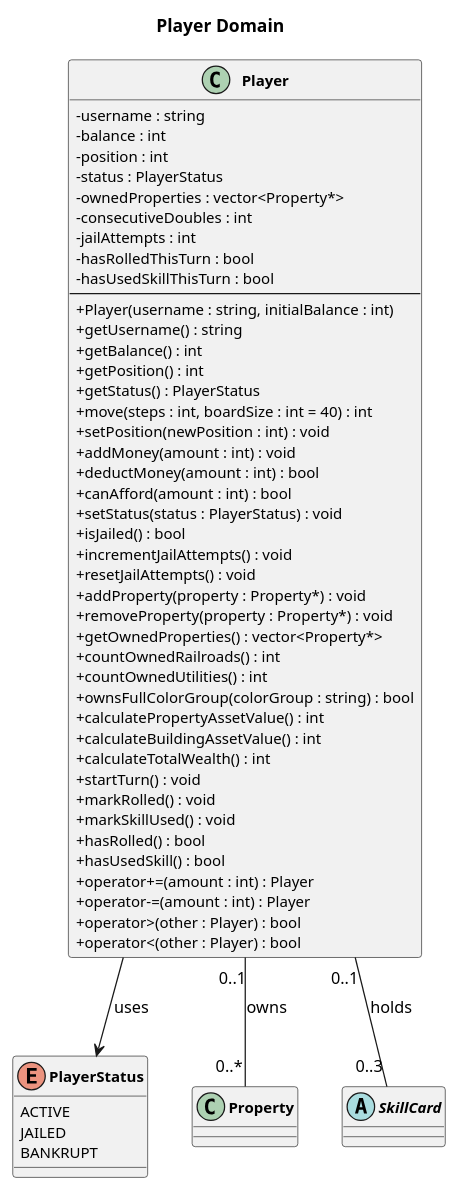
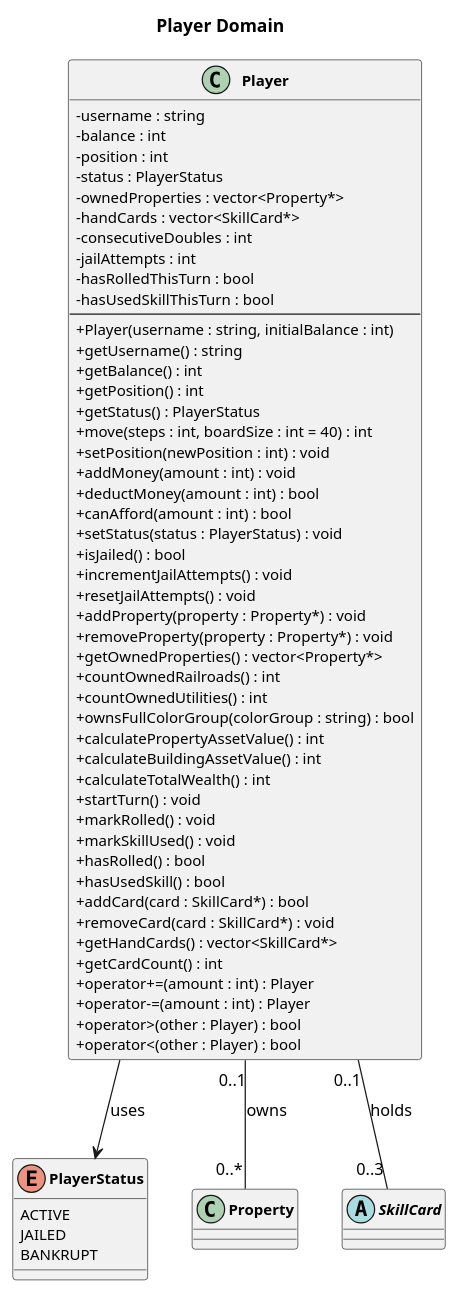
One commit to Labpro-22/tugas-besar-1-gdt-1 changed the diagram in doc/ClassDiagram/Player/1-playerOverview.puml. Above: the diagram before and after it, drawn with PlantUML.

Commit message:
feat : add relation player and skillCard

```diff
--- a/doc/ClassDiagram/Player/1-playerOverview.puml
+++ b/doc/ClassDiagram/Player/1-playerOverview.puml
@@ -1,67 +1,72 @@
 @startuml PlayerDomain
 title Player Domain
 
 skinparam classAttributeIconSize 0
 skinparam classFontSize 13
 skinparam classFontStyle Bold
 skinparam classAttributeFontSize 12
 
 enum PlayerStatus {
     ACTIVE
     JAILED
     BANKRUPT
 }
 
 class Property
 abstract class SkillCard
 
 class Player {
     - username : string
     - balance : int
     - position : int
     - status : PlayerStatus
     - ownedProperties : vector<Property*>
+    - handCards : vector<SkillCard*>
     - consecutiveDoubles : int
     - jailAttempts : int
     - hasRolledThisTurn : bool
     - hasUsedSkillThisTurn : bool
     --
     + Player(username : string, initialBalance : int)
     + getUsername() : string
     + getBalance() : int
     + getPosition() : int
     + getStatus() : PlayerStatus
     + move(steps : int, boardSize : int = 40) : int
     + setPosition(newPosition : int) : void
     + addMoney(amount : int) : void
     + deductMoney(amount : int) : bool
     + canAfford(amount : int) : bool
     + setStatus(status : PlayerStatus) : void
     + isJailed() : bool
     + incrementJailAttempts() : void
     + resetJailAttempts() : void
     + addProperty(property : Property*) : void
     + removeProperty(property : Property*) : void
     + getOwnedProperties() : vector<Property*>
     + countOwnedRailroads() : int
     + countOwnedUtilities() : int
     + ownsFullColorGroup(colorGroup : string) : bool
     + calculatePropertyAssetValue() : int
     + calculateBuildingAssetValue() : int
     + calculateTotalWealth() : int
     + startTurn() : void
     + markRolled() : void
     + markSkillUsed() : void
     + hasRolled() : bool
     + hasUsedSkill() : bool
+    + addCard(card : SkillCard*) : bool
+    + removeCard(card : SkillCard*) : void
+    + getHandCards() : vector<SkillCard*>
+    + getCardCount() : int
     + operator+=(amount : int) : Player
     + operator-=(amount : int) : Player
     + operator>(other : Player) : bool
     + operator<(other : Player) : bool
 }
 
 Player --> PlayerStatus : uses
 Player "0..1" -- "0..*" Property : owns
 Player "0..1" -- "0..3" SkillCard : holds
 
 @enduml
```
